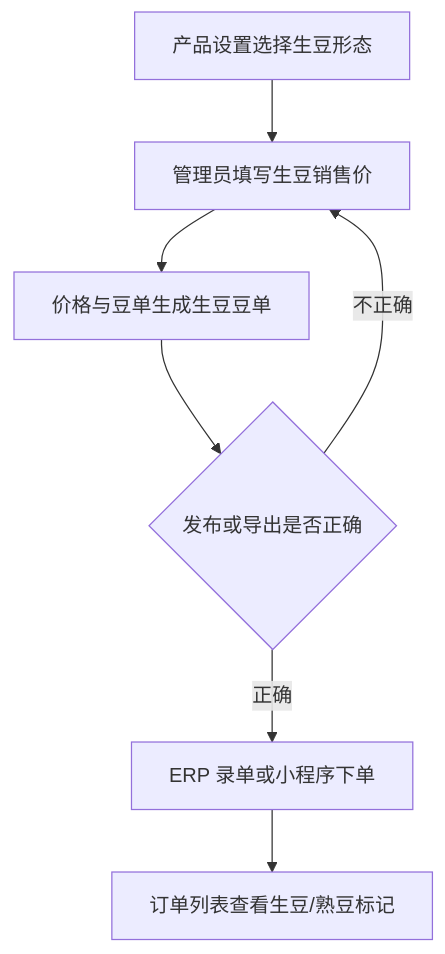
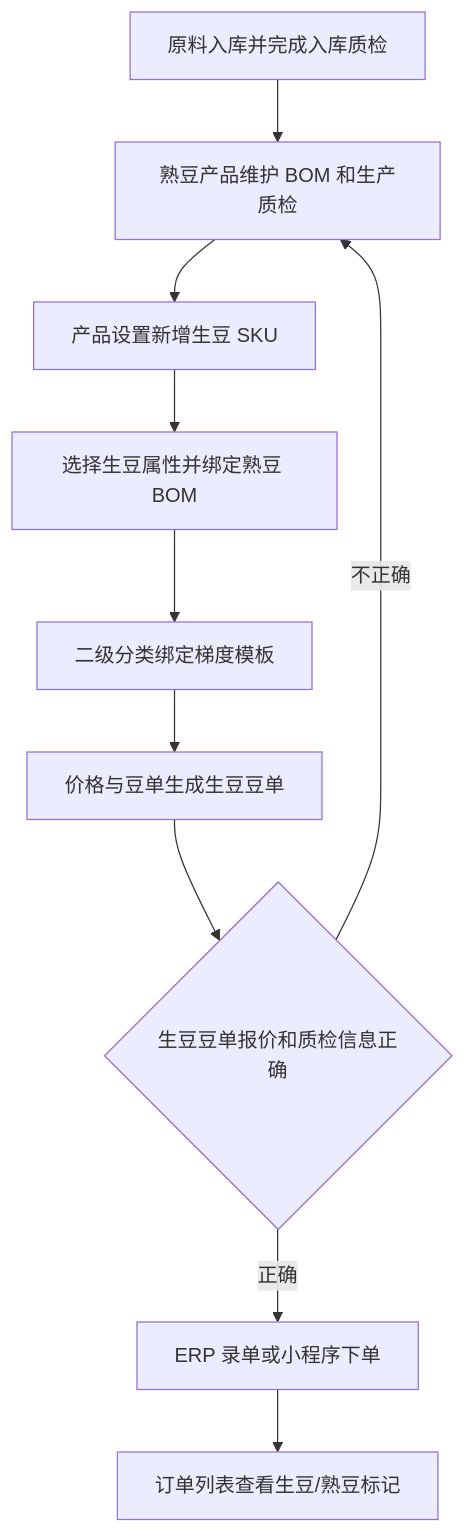
Before and after one commit to Backstage2539/KFerp: the diagram in orderapp-remote/docs/OP_MANUAL_GREEN_BEAN_SALES.md, drawn with Mermaid. The commit also changed other lines of this file and 17 other files, not shown here.

````diff
--- a/orderapp-remote/docs/OP_MANUAL_GREEN_BEAN_SALES.md
+++ b/orderapp-remote/docs/OP_MANUAL_GREEN_BEAN_SALES.md
@@ -13,9 +14,12 @@
 ```mermaid
 flowchart TD
-  A["产品设置选择生豆形态"] --> B["管理员填写生豆销售价"]
-  B --> C["价格与豆单生成生豆豆单"]
-  C --> D{"发布或导出是否正确"}
-  D -->|正确| E["ERP 录单或小程序下单"]
-  D -->|不正确| B
-  E --> F["订单列表查看生豆/熟豆标记"]
+  A["原料入库并完成入库质检"] --> B["熟豆产品维护 BOM 和生产质检"]
+  B --> C["产品设置新增生豆 SKU"]
+  C --> D["选择生豆属性并绑定熟豆 BOM"]
+  D --> E["二级分类绑定梯度模板"]
+  E --> F["价格与豆单生成生豆豆单"]
+  F --> G{"生豆豆单报价和质检信息正确"}
+  G -->|正确| H["ERP 录单或小程序下单"]
+  G -->|不正确| B
+  H --> I["订单列表查看生豆/熟豆标记"]
 ```
````
